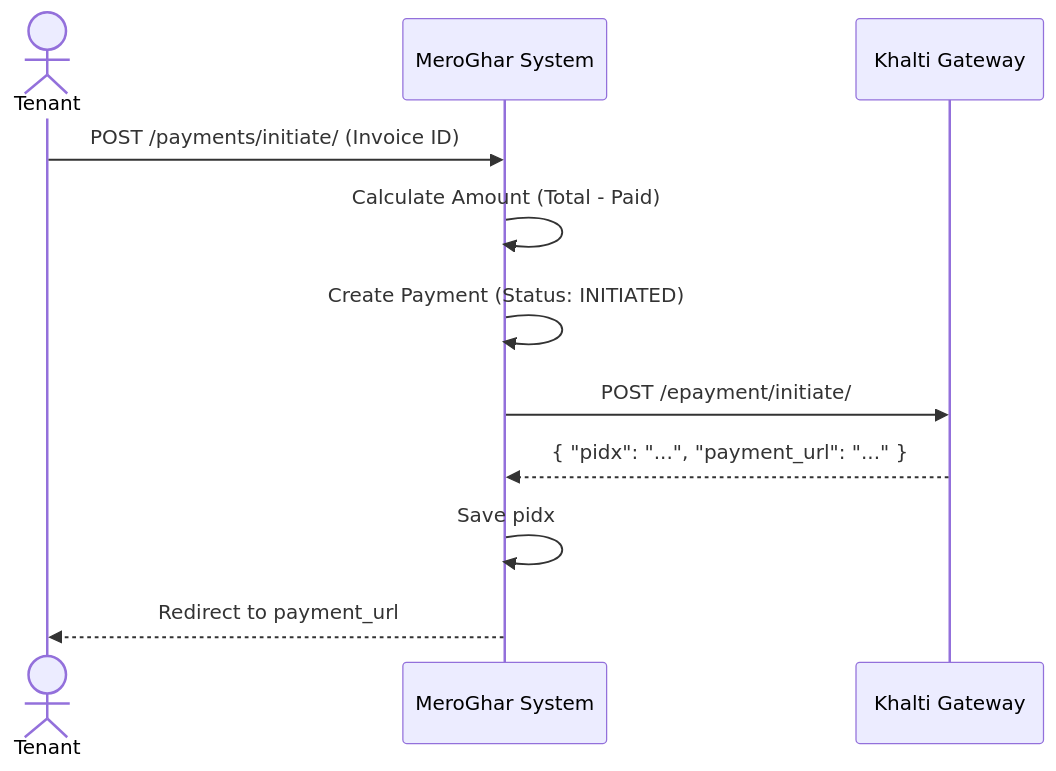
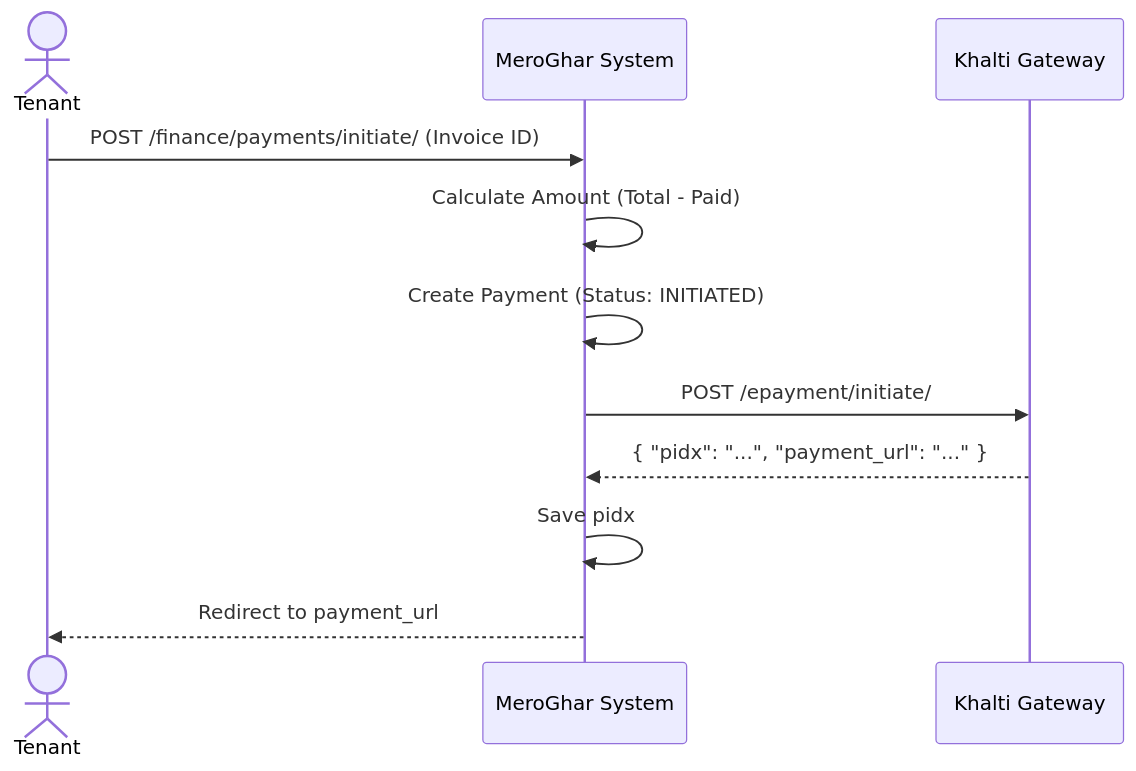
The first of 2 diagrams in docs/workflows/payment.md (0Ankit0/meroghar), drawn with Mermaid before and after one commit. The commit also changed other lines of this file and 12 other files, not shown here.

````diff
--- a/docs/workflows/payment.md
+++ b/docs/workflows/payment.md
@@ -20,16 +20,16 @@
 ```mermaid
 sequenceDiagram
     actor User as Tenant
     participant System as MeroGhar System
     participant Khalti as Khalti Gateway
 
-    User->>System: POST /payments/initiate/ (Invoice ID)
+    User->>System: POST /finance/payments/initiate/ (Invoice ID)
     System->>System: Calculate Amount (Total - Paid)
     System->>System: Create Payment (Status: INITIATED)
     
     System->>Khalti: POST /epayment/initiate/
     Khalti-->>System: { "pidx": "...", "payment_url": "..." }
     
     System->>System: Save pidx
     System-->>User: Redirect to payment_url
 ```
````
